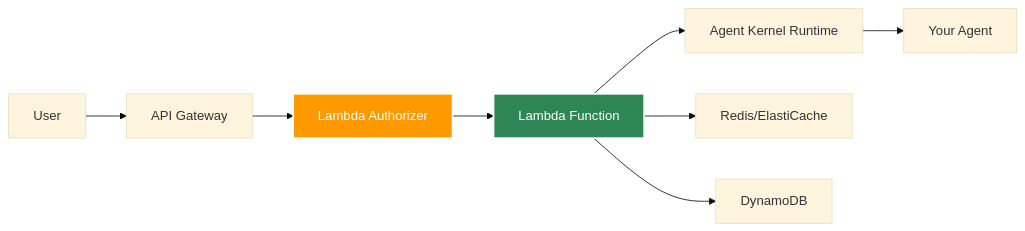
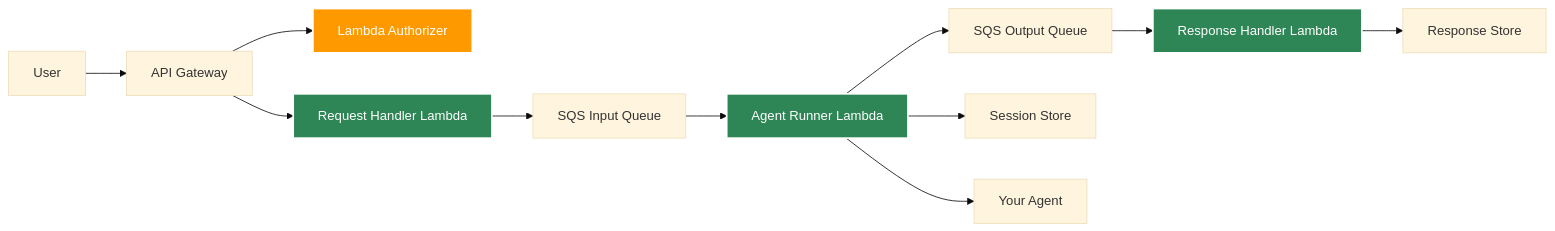
The first of 2 diagrams in docs/docs/deployment/aws-serverless.md (yaalalabs/agent-kernel), drawn with Mermaid (base theme) before and after one commit. The commit also changed other lines of this file, not shown here.

````diff
--- a/docs/docs/deployment/aws-serverless.md
+++ b/docs/docs/deployment/aws-serverless.md
@@ -11,13 +11,18 @@
 ```mermaid
 graph LR
     A[User] --> B[API Gateway]
     B --> C[Lambda Authorizer]
-    C --> D[Lambda Function]
-    D --> E[Agent Kernel Runtime]
-    E --> F[Your Agent]
-    D --> G[Redis/ElastiCache]
-    D --> H[DynamoDB]
+    B --> D[Request Handler Lambda]
+    D --> E[SQS Input Queue]
+    E --> F[Agent Runner Lambda]
+    F --> G[SQS Output Queue]
+    G --> H[Response Handler Lambda]
+    H --> I[Response Store]
+    F --> J[Session Store]
+    F --> K[Your Agent]
     
     style C fill:#ff9900,stroke:#fff,stroke-width:2px,color:#fff
     style D fill:#2e8555,stroke:#fff,stroke-width:2px,color:#fff
+    style F fill:#2e8555,stroke:#fff,stroke-width:2px,color:#fff
+    style H fill:#2e8555,stroke:#fff,stroke-width:2px,color:#fff
 ```
````
